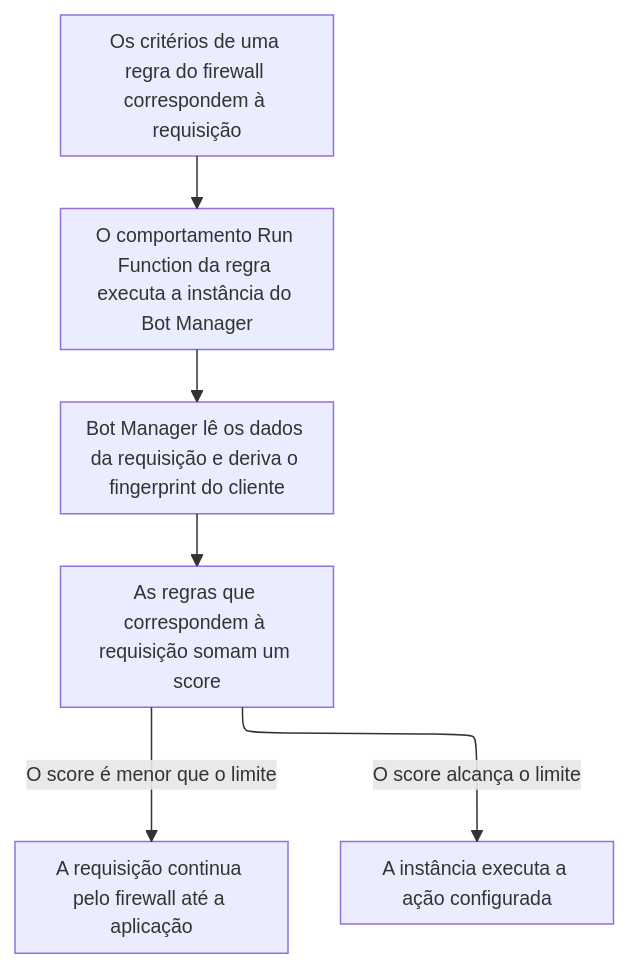
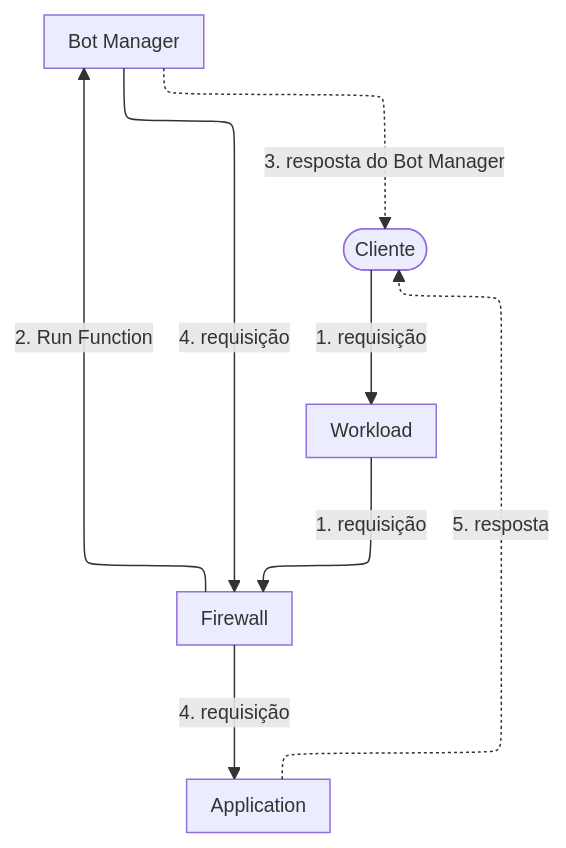
Before and after one commit to aziontech/docs: the diagram in apps/docs/src/content/docs/pt-br/pages/secure/bot-manager/visao-geral.mdx, drawn with Mermaid. The commit also changed other lines of this file and 233 other files, not shown here.

````diff
--- a/apps/docs/src/content/docs/pt-br/pages/secure/bot-manager/visao-geral.mdx
+++ b/apps/docs/src/content/docs/pt-br/pages/secure/bot-manager/visao-geral.mdx
@@ -59,9 +32,16 @@
 ```mermaid
-%%{init: {"layout": "elk", "themeVariables": {"fontSize": "13px"}, "flowchart": {"nodeSpacing": 24, "rankSpacing": 36, "padding": 8, "wrappingWidth": 150, "useMaxWidth": true}, "sequence": {"width": 120, "actorMargin": 30, "useMaxWidth": true}}}%%
+%%{init: {"layout": "elk", "elk": {"cycleBreakingStrategy": "MODEL_ORDER"}, "themeVariables": {"fontSize": "13px"}, "flowchart": {"nodeSpacing": 24, "rankSpacing": 36, "padding": 8, "wrappingWidth": 150, "useMaxWidth": true}, "sequence": {"width": 120, "actorMargin": 30, "useMaxWidth": true}}}%%
 flowchart TD
-  Match["Os critérios de uma regra do firewall correspondem à requisição"] --> Run["O comportamento Run Function da regra executa a instância do Bot Manager"]
-  Run --> Data["Bot Manager lê os dados da requisição e deriva o fingerprint do cliente"]
-  Data --> Score["As regras que correspondem à requisição somam um score"]
-  Score -->|"O score é menor que o limite"| Next["A requisição continua pelo firewall até a aplicação"]
-  Score -->|"O score alcança o limite"| Act["A instância executa a ação configurada"]
+  Client(["Cliente"])
+  WL["Workload"]
+  FW["Firewall"]
+  BM["Bot Manager"]
+  App["Application"]
+  Client -->|"1. requisição"| WL
+  WL -->|"1. requisição"| FW
+  FW -->|"2. Run Function"| BM
+  BM -.->|"3. resposta do Bot Manager"| Client
+  BM -->|"4. requisição"| FW
+  FW -->|"4. requisição"| App
+  App -.->|"5. resposta"| Client
 ```
````
